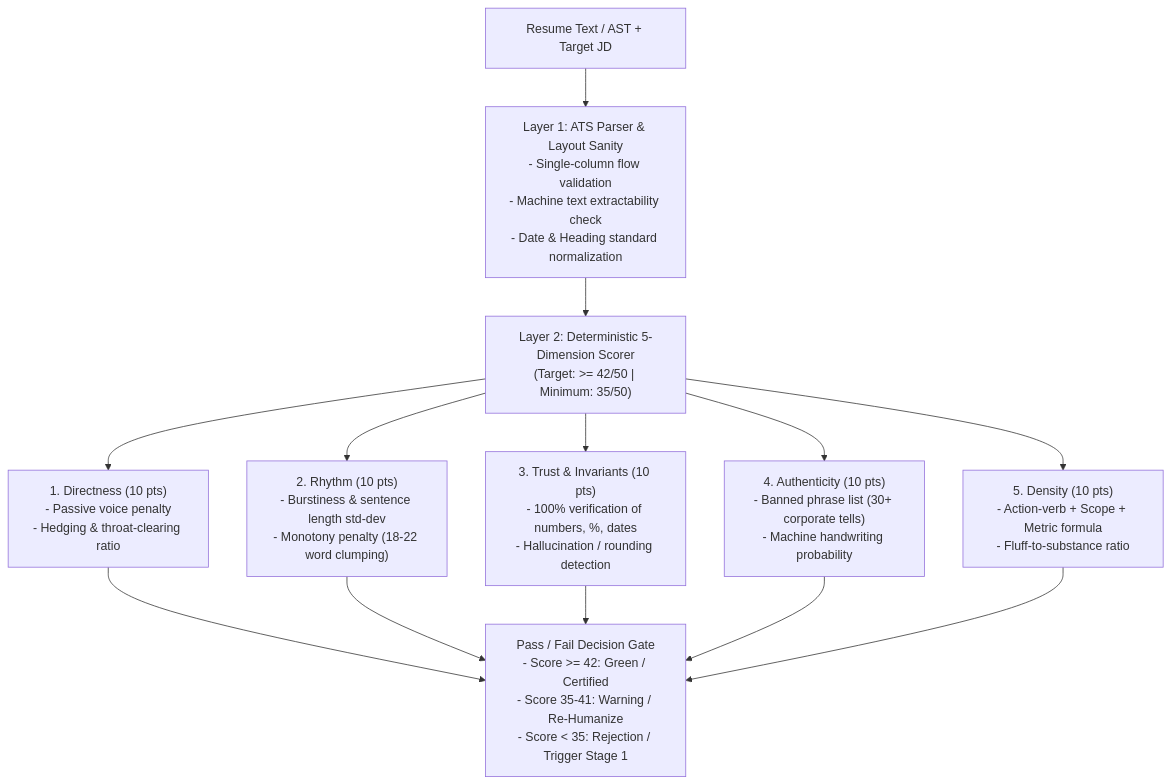
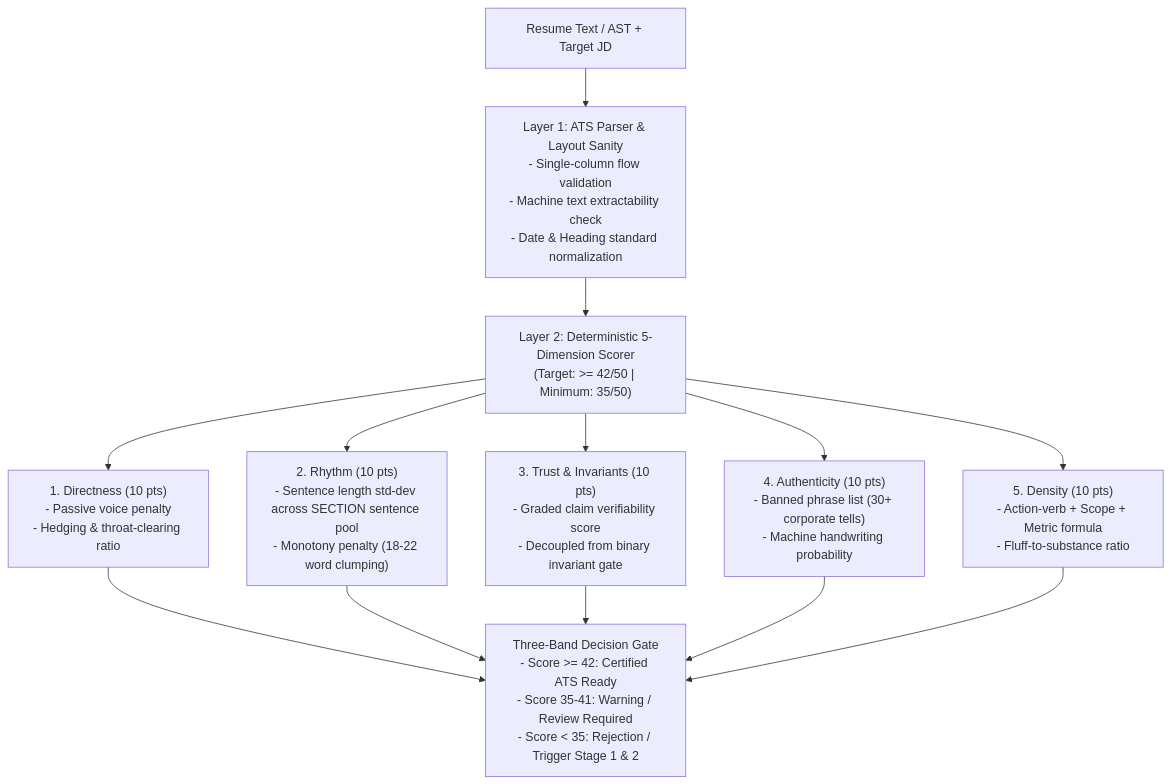
The ninth of 9 diagrams in docs/superpowers/specs/2026-10-10-dual-engine-resume-product-design.md (poferraz/career-ops), drawn with Mermaid before and after one commit. The commit also changed other lines of this file and 12 other files, not shown here.

````diff
--- a/docs/superpowers/specs/2026-10-10-dual-engine-resume-product-design.md
+++ b/docs/superpowers/specs/2026-10-10-dual-engine-resume-product-design.md
@@ -515,14 +619,14 @@
 ```mermaid
 flowchart TD
     INPUT["Resume Text / AST + Target JD"] --> PARSER_AUDIT["Layer 1: ATS Parser & Layout Sanity<br/>- Single-column flow validation<br/>- Machine text extractability check<br/>- Date & Heading standard normalization"]
     
     PARSER_AUDIT --> SCORER["Layer 2: Deterministic 5-Dimension Scorer<br/>(Target: >= 42/50 | Minimum: 35/50)"]
     
     SCORER --> D1["1. Directness (10 pts)<br/>- Passive voice penalty<br/>- Hedging & throat-clearing ratio"]
-    SCORER --> D2["2. Rhythm (10 pts)<br/>- Burstiness & sentence length std-dev<br/>- Monotony penalty (18-22 word clumping)"]
-    SCORER --> D3["3. Trust & Invariants (10 pts)<br/>- 100% verification of numbers, %, dates<br/>- Hallucination / rounding detection"]
+    SCORER --> D2["2. Rhythm (10 pts)<br/>- Sentence length std-dev across SECTION sentence pool<br/>- Monotony penalty (18-22 word clumping)"]
+    SCORER --> D3["3. Trust & Invariants (10 pts)<br/>- Graded claim verifiability score<br/>- Decoupled from binary invariant gate"]
     SCORER --> D4["4. Authenticity (10 pts)<br/>- Banned phrase list (30+ corporate tells)<br/>- Machine handwriting probability"]
     SCORER --> D5["5. Density (10 pts)<br/>- Action-verb + Scope + Metric formula<br/>- Fluff-to-substance ratio"]
     
-    D1 & D2 & D3 & D4 & D5 --> GATE["Pass / Fail Decision Gate<br/>- Score >= 42: Green / Certified<br/>- Score 35-41: Warning / Re-Humanize<br/>- Score < 35: Rejection / Trigger Stage 1"]
+    D1 & D2 & D3 & D4 & D5 --> GATE["Three-Band Decision Gate<br/>- Score >= 42: Certified ATS Ready<br/>- Score 35-41: Warning / Review Required<br/>- Score < 35: Rejection / Trigger Stage 1 & 2"]
 ```
````
